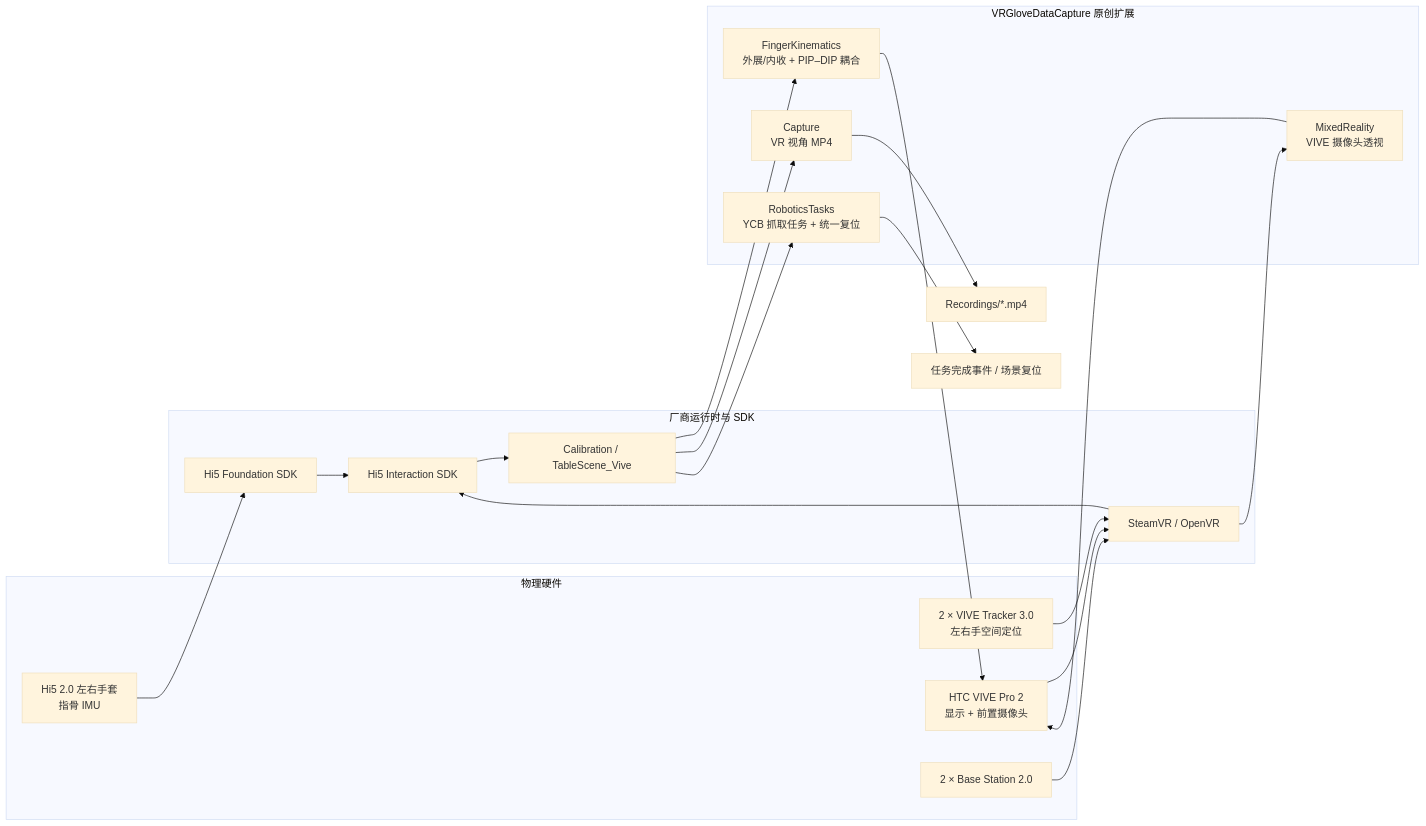
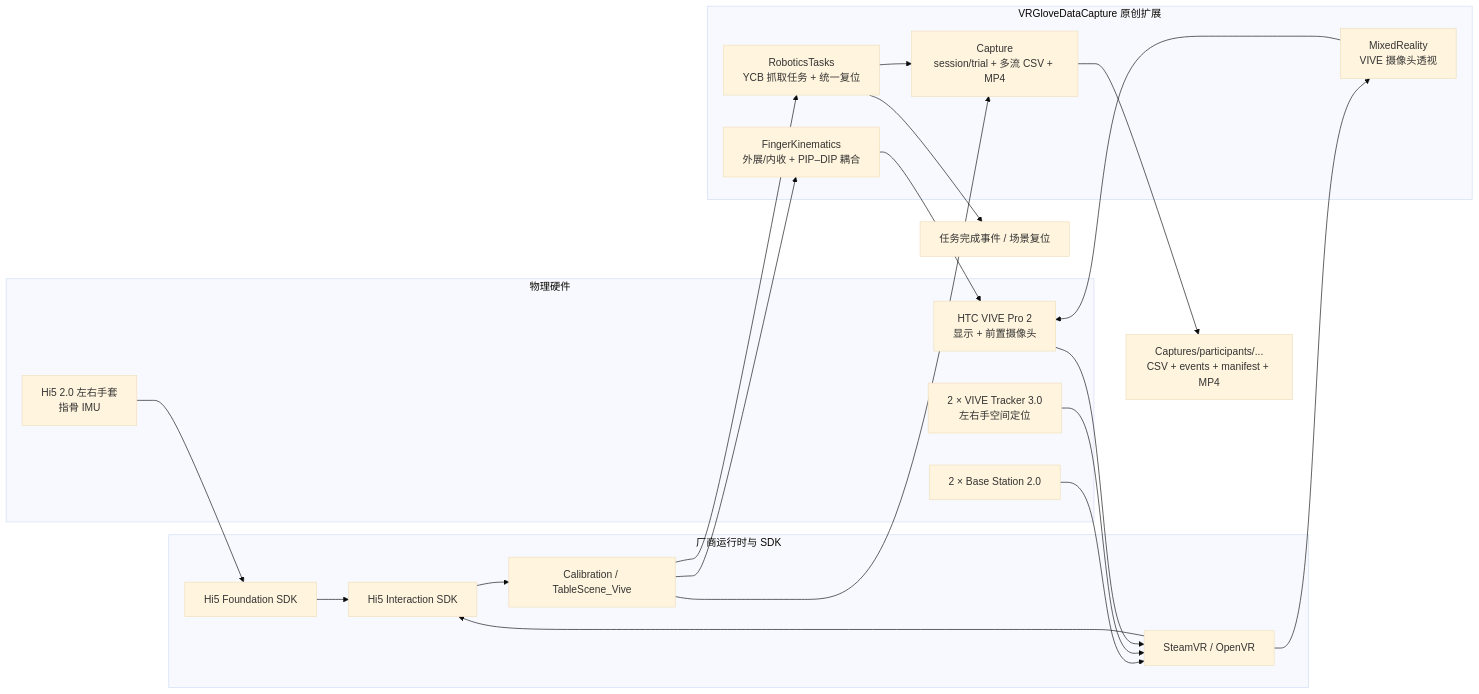
Before and after one commit to YushuoWang29/vr-glove-data-capture: the diagram in README.md, drawn with Mermaid (base theme). The commit also changed other lines of this file and 21 other files, not shown here.

````diff
--- a/README.md
+++ b/README.md
@@ -37,39 +39,40 @@
 ```mermaid
 flowchart LR
     subgraph Hardware["物理硬件"]
         Gloves["Hi5 2.0 左右手套<br/>指骨 IMU"]
         Trackers["2 × VIVE Tracker 3.0<br/>左右手空间定位"]
         HMD["HTC VIVE Pro 2<br/>显示 + 前置摄像头"]
         Base["2 × Base Station 2.0"]
     end
 
     subgraph Vendor["厂商运行时与 SDK"]
         SteamVR["SteamVR / OpenVR"]
         Foundation["Hi5 Foundation SDK"]
         Interaction["Hi5 Interaction SDK"]
         Scenes["Calibration / TableScene_Vive"]
     end
 
     subgraph Project["VRGloveDataCapture 原创扩展"]
         Finger["FingerKinematics<br/>外展/内收 + PIP–DIP 耦合"]
         MR["MixedReality<br/>VIVE 摄像头透视"]
-        Capture["Capture<br/>VR 视角 MP4"]
+        Capture["Capture<br/>session/trial + 多流 CSV + MP4"]
         Tasks["RoboticsTasks<br/>YCB 抓取任务 + 统一复位"]
     end
 
     Base --> SteamVR
     Trackers --> SteamVR
     HMD --> SteamVR
     Gloves --> Foundation
     Foundation --> Interaction
     SteamVR --> Interaction
     Interaction --> Scenes
     Scenes --> Finger
     SteamVR --> MR
     Scenes --> Capture
     Scenes --> Tasks
     Finger --> HMD
     MR --> HMD
-    Capture --> Video["Recordings/*.mp4"]
+    Capture --> Dataset["Captures/participants/...<br/>CSV + events + manifest + MP4"]
+    Tasks --> Capture
     Tasks --> Demo["任务完成事件 / 场景复位"]
 ```
````
